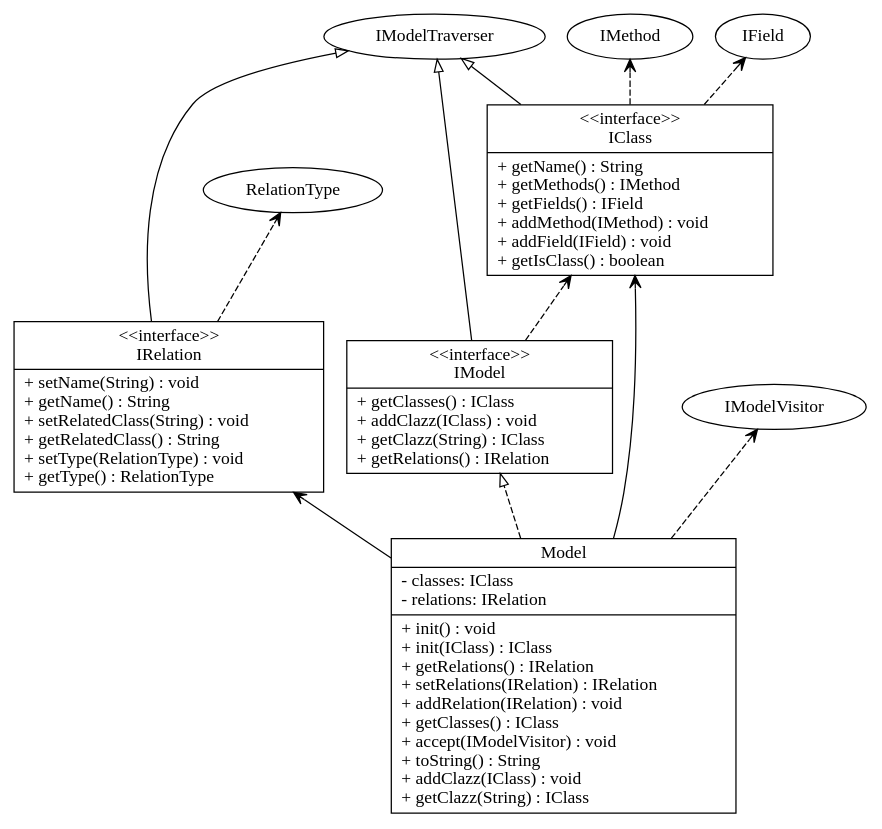
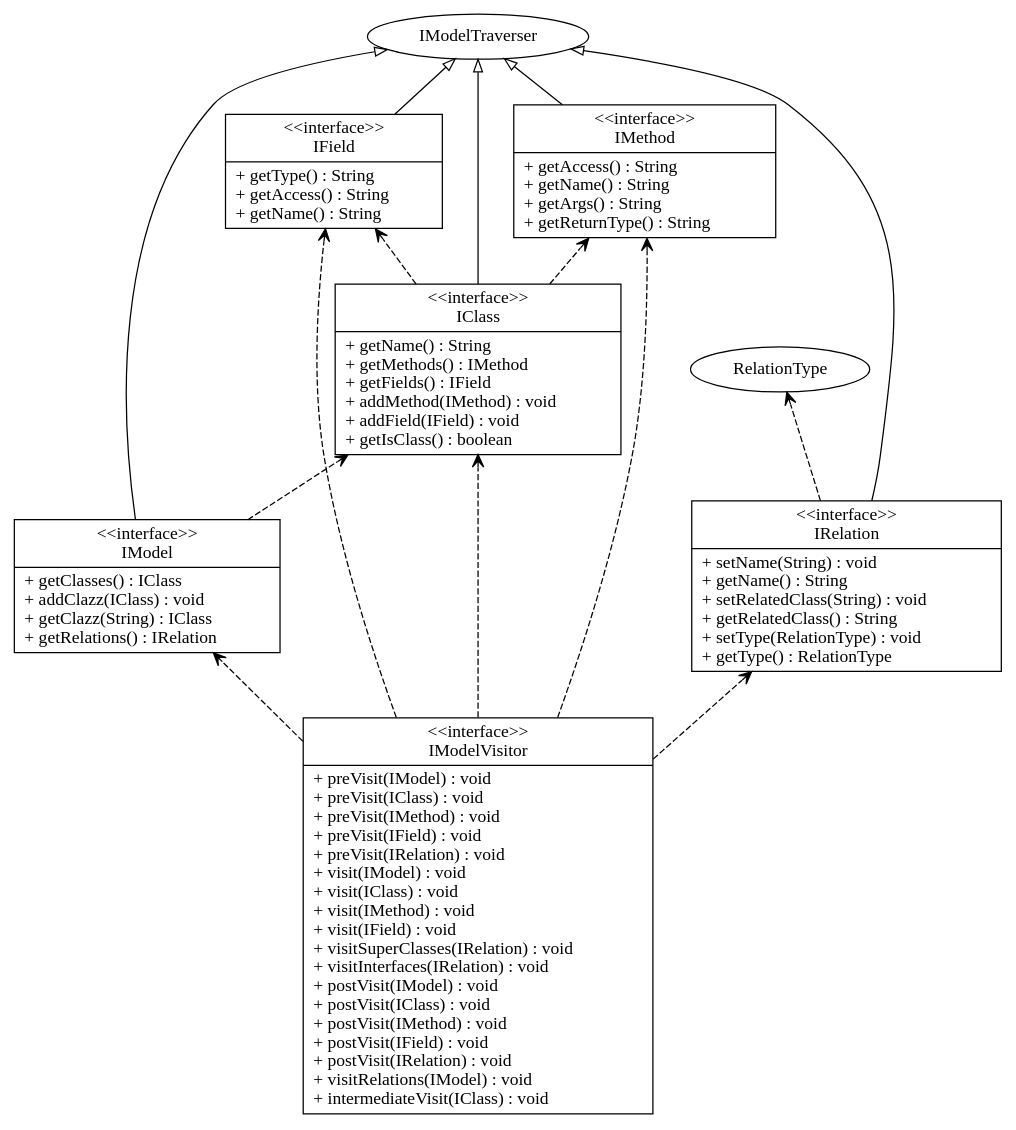
Before and after one commit to tpunt3/Csse374: the diagram in input_output/test.gv, drawn with Graphviz. The commit also changed 6 other files, not shown here.

Commit message:
added test for IModelTraverser

```diff
--- a/input_output/test.gv
+++ b/input_output/test.gv
@@ -1,35 +1,48 @@
 digraph model{
 rankdir = BT;
-Model [
+IModelVisitor [
 shape="record",
-label = "{Model| - classes: IClass\l- relations: IRelation\l|+ init() : void\l+ init(IClass) : IClass\l+ getRelations() : IRelation\l+ setRelations(IRelation) : IRelation\l+ addRelation(IRelation) : void\l+ getClasses() : IClass\l+ accept(IModelVisitor) : void\l+ toString() : String\l+ addClazz(IClass) : void\l+ getClazz(String) : IClass\l}"
+label = "{\<\<interface\>\>\nIModelVisitor| + preVisit(IModel) : void\l+ preVisit(IClass) : void\l+ preVisit(IMethod) : void\l+ preVisit(IField) : void\l+ preVisit(IRelation) : void\l+ visit(IModel) : void\l+ visit(IClass) : void\l+ visit(IMethod) : void\l+ visit(IField) : void\l+ visitSuperClasses(IRelation) : void\l+ visitInterfaces(IRelation) : void\l+ postVisit(IModel) : void\l+ postVisit(IClass) : void\l+ postVisit(IMethod) : void\l+ postVisit(IField) : void\l+ postVisit(IRelation) : void\l+ visitRelations(IModel) : void\l+ intermediateVisit(IClass) : void\l}"
 ];
 
 IModel [
 shape="record",
 label = "{\<\<interface\>\>\nIModel| + getClasses() : IClass\l+ addClazz(IClass) : void\l+ getClazz(String) : IClass\l+ getRelations() : IRelation\l}"
 ];
 
 IClass [
 shape="record",
 label = "{\<\<interface\>\>\nIClass| + getName() : String\l+ getMethods() : IMethod\l+ getFields() : IField\l+ addMethod(IMethod) : void\l+ addField(IField) : void\l+ getIsClass() : boolean\l}"
 ];
 
 IRelation [
 shape="record",
 label = "{\<\<interface\>\>\nIRelation| + setName(String) : void\l+ getName() : String\l+ setRelatedClass(String) : void\l+ getRelatedClass() : String\l+ setType(RelationType) : void\l+ getType() : RelationType\l}"
 ];
 
+IField [
+shape="record",
+label = "{\<\<interface\>\>\nIField| + getType() : String\l+ getAccess() : String\l+ getName() : String\l}"
+];
+
+IMethod [
+shape="record",
+label = "{\<\<interface\>\>\nIMethod| + getAccess() : String\l+ getName() : String\l+ getArgs() : String\l+ getReturnType() : String\l}"
+];
+
 //writing relations between classes now
-Model -> IModel [arrowhead = "empty", style = "dashed"];
-Model -> IRelation [arrowhead = "vee"];
-Model -> IModelVisitor [arrowhead = "vee", style = "dashed"];
-Model -> IClass [arrowhead = "vee"];
+IModelVisitor -> IModel [arrowhead = "vee", style = "dashed"];
+IModelVisitor -> IClass [arrowhead = "vee", style = "dashed"];
+IModelVisitor -> IMethod [arrowhead = "vee", style = "dashed"];
+IModelVisitor -> IField [arrowhead = "vee", style = "dashed"];
+IModelVisitor -> IRelation [arrowhead = "vee", style = "dashed"];
 IModel -> IModelTraverser [arrowhead = "empty"];
 IModel -> IClass [arrowhead = "vee", style = "dashed"];
 IClass -> IModelTraverser [arrowhead = "empty"];
 IClass -> IMethod [arrowhead = "vee", style = "dashed"];
 IClass -> IField [arrowhead = "vee", style = "dashed"];
 IRelation -> IModelTraverser [arrowhead = "empty"];
 IRelation -> RelationType [arrowhead = "vee", style = "dashed"];
+IField -> IModelTraverser [arrowhead = "empty"];
+IMethod -> IModelTraverser [arrowhead = "empty"];
 }
```
